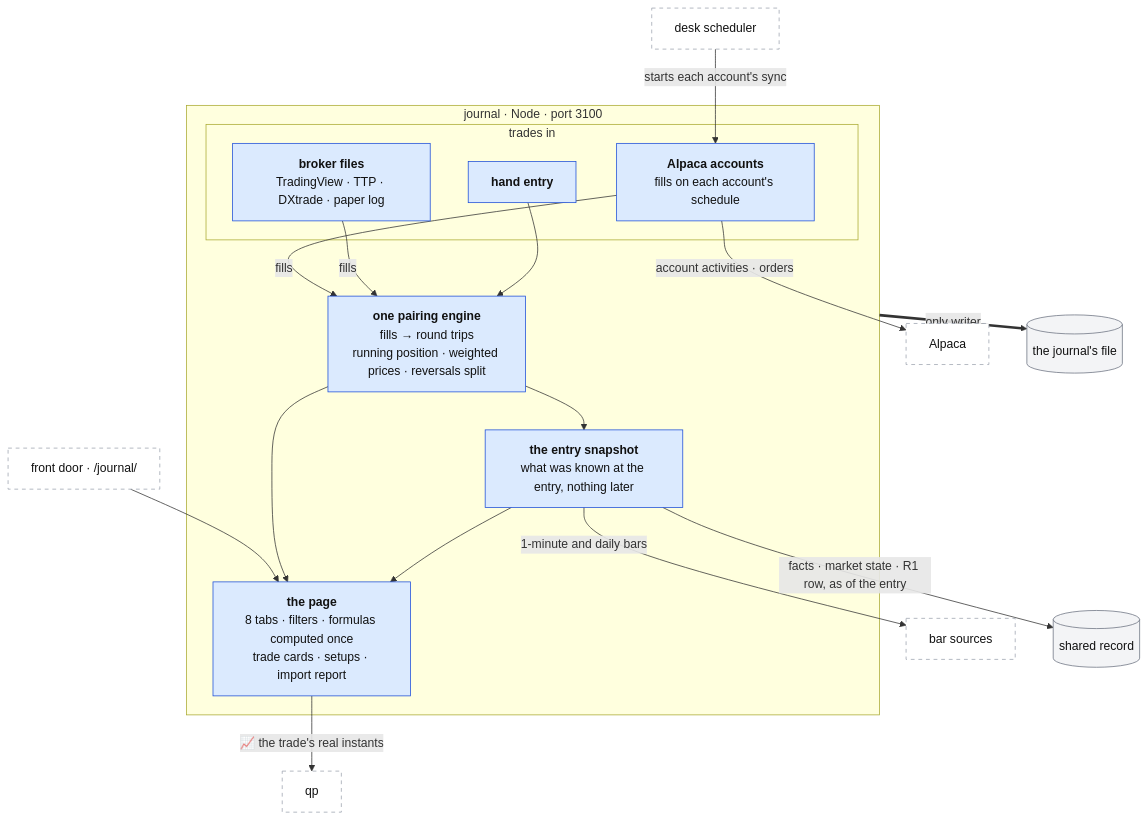
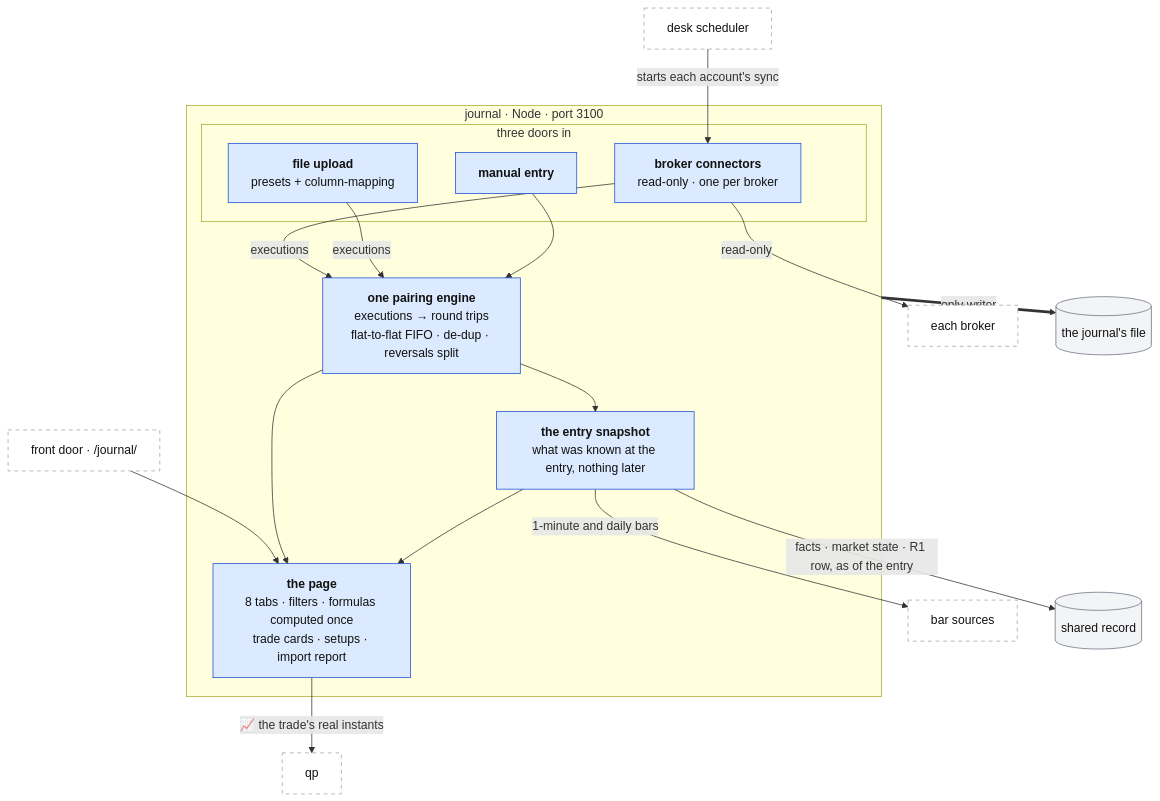
The diagram in design/07-journal/JOURNAL.md (Mohamed-albadri-1995/Trade-Disk), drawn with Mermaid before and after one commit. The commit also changed other lines of this file and 8 other files, not shown here.

````diff
--- a/design/07-journal/JOURNAL.md
+++ b/design/07-journal/JOURNAL.md
@@ -45,32 +45,32 @@
 ```mermaid
 flowchart TB
   FD["front door · /journal/"] --> PAGE
   JOBS["desk scheduler"] -->|"starts each account's sync"| SYNC
   subgraph JR["journal · Node · port 3100"]
-    subgraph IN["trades in"]
-      SYNC["<b>Alpaca accounts</b><br/>fills on each account's schedule"]
-      FILES["<b>broker files</b><br/>TradingView · TTP · DXtrade · paper log"]
-      HAND["<b>hand entry</b>"]
+    subgraph IN["three doors in"]
+      SYNC["<b>broker connectors</b><br/>read-only · one per broker"]
+      FILES["<b>file upload</b><br/>presets + column-mapping"]
+      HAND["<b>manual entry</b>"]
     end
-    PAIR["<b>one pairing engine</b><br/>fills → round trips<br/>running position · weighted prices · reversals split"]
+    PAIR["<b>one pairing engine</b><br/>executions → round trips<br/>flat-to-flat FIFO · de-dup · reversals split"]
     SNAP["<b>the entry snapshot</b><br/>what was known at the entry, nothing later"]
     PAGE["<b>the page</b><br/>8 tabs · filters · formulas computed once<br/>trade cards · setups · import report"]
   end
-  SYNC -->|"fills"| PAIR
-  FILES -->|"fills"| PAIR
+  SYNC -->|"executions"| PAIR
+  FILES -->|"executions"| PAIR
   HAND --> PAIR
   PAIR --> SNAP
   PAIR --> PAGE
   SNAP --> PAGE
-  SYNC -->|"account activities · orders"| SRC["Alpaca"]
+  SYNC -->|"read-only"| SRC["each broker"]
   SNAP -->|"1-minute and daily bars"| BARS["bar sources"]
   SNAP -->|"facts · market state · R1 row, as of the entry"| PG[("shared record")]
   PAGE -->|"📈 the trade's real instants"| QP["qp"]
   JR ==>|"only writer"| JF[("the journal's file")]
   classDef prog fill:#dbeafe,stroke:#1d4ed8,color:#111;
   classDef store fill:#f3f4f6,stroke:#6b7280,color:#111;
   classDef ext fill:#ffffff,stroke:#9ca3af,stroke-dasharray: 5 5,color:#111;
   class SYNC,FILES,HAND,PAIR,SNAP,PAGE prog;
   class PG,JF store;
   class FD,JOBS,SRC,BARS,QP ext;
 ```
````
